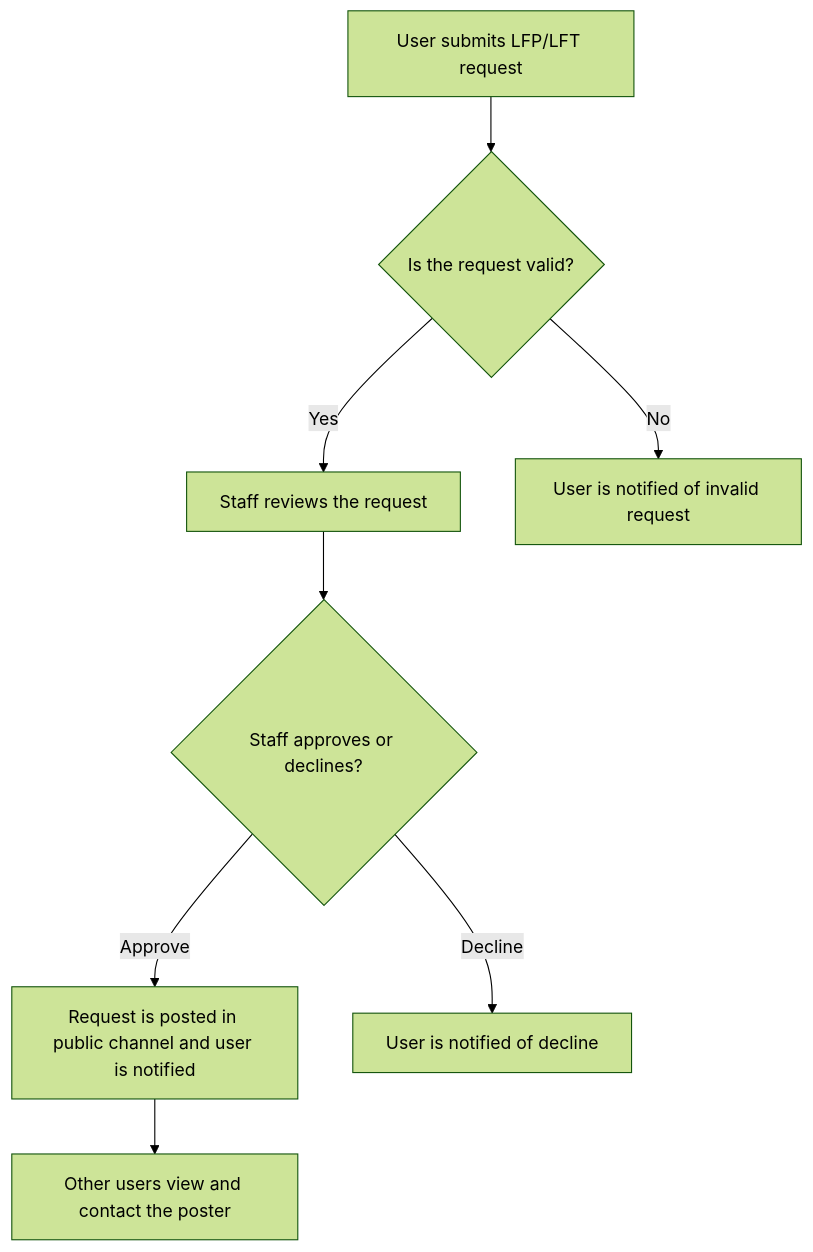
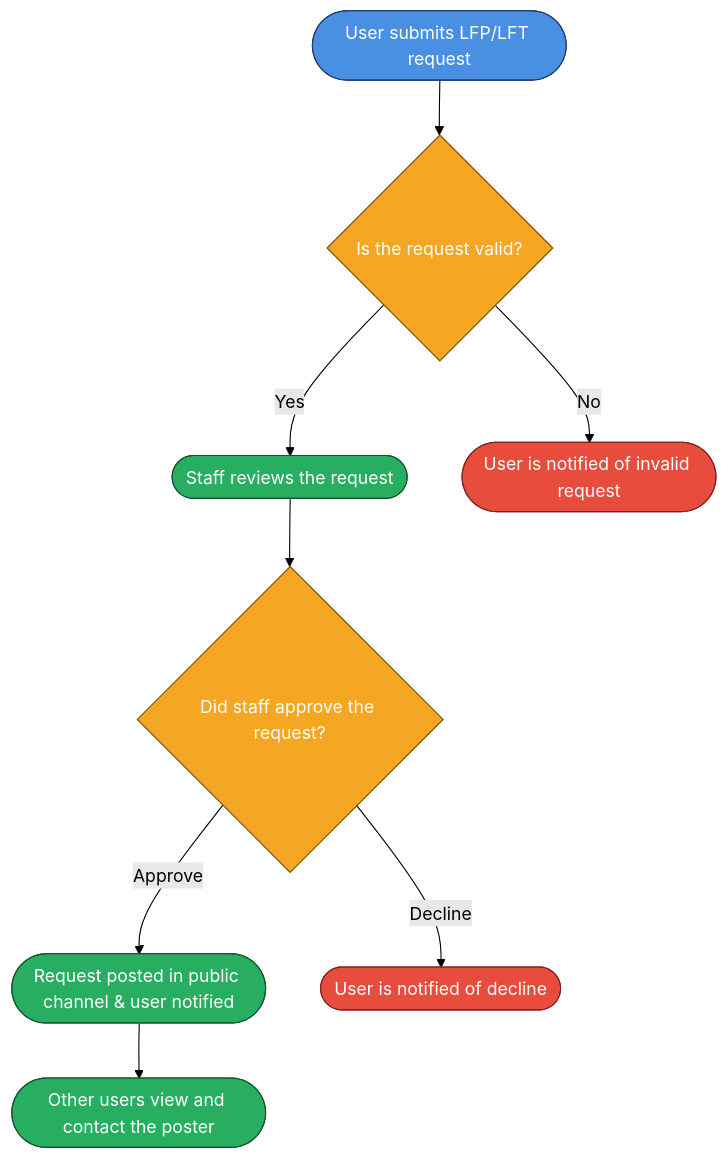
Before and after one commit to MonishKrishna2009/Apatite-Bot: the first of 2 diagrams in docs/Lfp-Lft System.md, drawn with Mermaid (forest theme). The commit also changed other lines of this file, not shown here.

Commit message:
fix: Improve flowchart logic for LFP/LFT request management and user actions

````diff
--- a/docs/Lfp-Lft System.md
+++ b/docs/Lfp-Lft System.md
@@ -13,10 +13,19 @@
 ```mermaid
 flowchart TD
-    A[User submits LFP/LFT request] --> B{Is the request valid?}
-    B -- Yes --> C[Staff reviews the request]
-    B -- No --> D[User is notified of invalid request]
-    C --> E{Staff approves or declines?}
-    E -- Approve --> F[Request is posted in public channel and user is notified]
-    E -- Decline --> G[User is notified of decline]
-    F --> H[Other users view and contact the poster]
+    A([User submits LFP/LFT request]):::user --> B{Is the request valid?}:::decision
+    
+    B -- Yes --> C([Staff reviews the request]):::success
+    B -- No --> D([User is notified of invalid request]):::error
+    
+    C --> E{Did staff approve the request?}:::decision
+    E -- Approve --> F([Request posted in public channel & user notified]):::success
+    E -- Decline --> G([User is notified of decline]):::error
+    
+    F --> H([Other users view and contact the poster]):::success
+
+    %% Styles
+    classDef user fill:#4A90E2,stroke:#1C3D6E,color:#fff;
+    classDef decision fill:#F5A623,stroke:#7A4A00,color:#fff;
+    classDef success fill:#27AE60,stroke:#14532D,color:#fff;
+    classDef error fill:#E74C3C,stroke:#7B241C,color:#fff;
 ```
````
